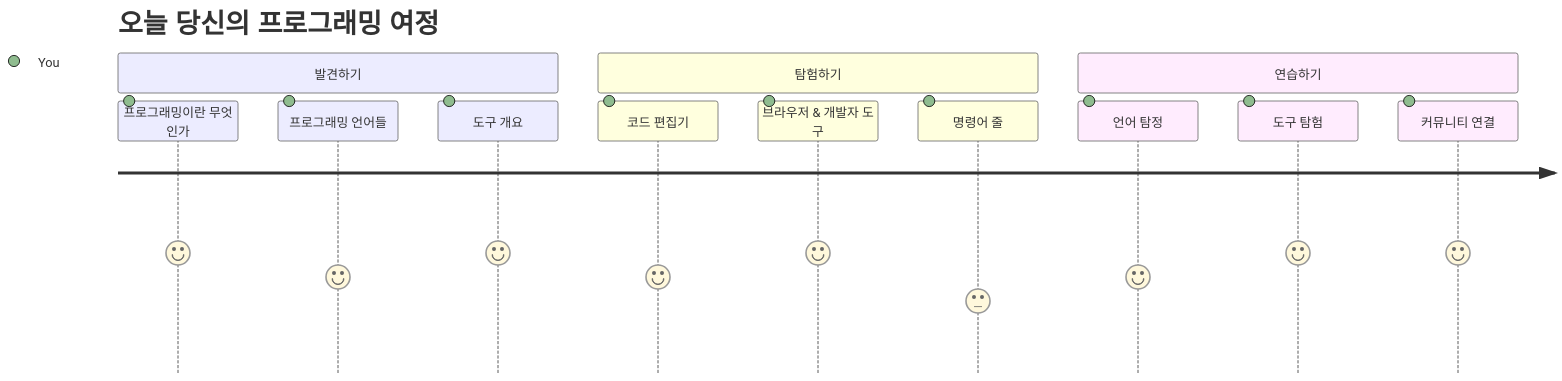
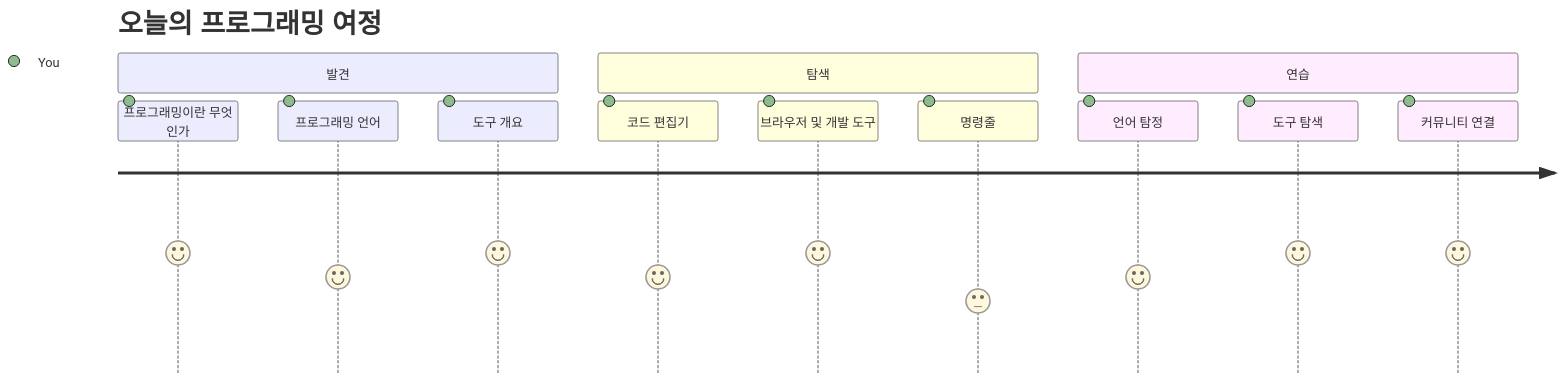
Before and after one commit to microsoft/Web-Dev-For-Beginners: the first of 7 diagrams in translations/ko/1-getting-started-lessons/1-intro-to-programming-languages/README.md, drawn with Mermaid. The commit also changed other lines of this file and 8 other files, not shown here.

````diff
--- a/translations/ko/1-getting-started-lessons/1-intro-to-programming-languages/README.md
+++ b/translations/ko/1-getting-started-lessons/1-intro-to-programming-languages/README.md
@@ -14,16 +14,16 @@
 ```mermaid
 journey
-    title 오늘 당신의 프로그래밍 여정
-    section 발견하기
+    title 오늘의 프로그래밍 여정
+    section 발견
       프로그래밍이란 무엇인가: 5: You
-      프로그래밍 언어들: 4: You
+      프로그래밍 언어: 4: You
       도구 개요: 5: You
-    section 탐험하기
+    section 탐색
       코드 편집기: 4: You
-      브라우저 & 개발자 도구: 5: You
-      명령어 줄: 3: You
-    section 연습하기
+      브라우저 및 개발 도구: 5: You
+      명령줄: 3: You
+    section 연습
       언어 탐정: 4: You
-      도구 탐험: 5: You
+      도구 탐색: 5: You
       커뮤니티 연결: 5: You
-```
+```  
````
